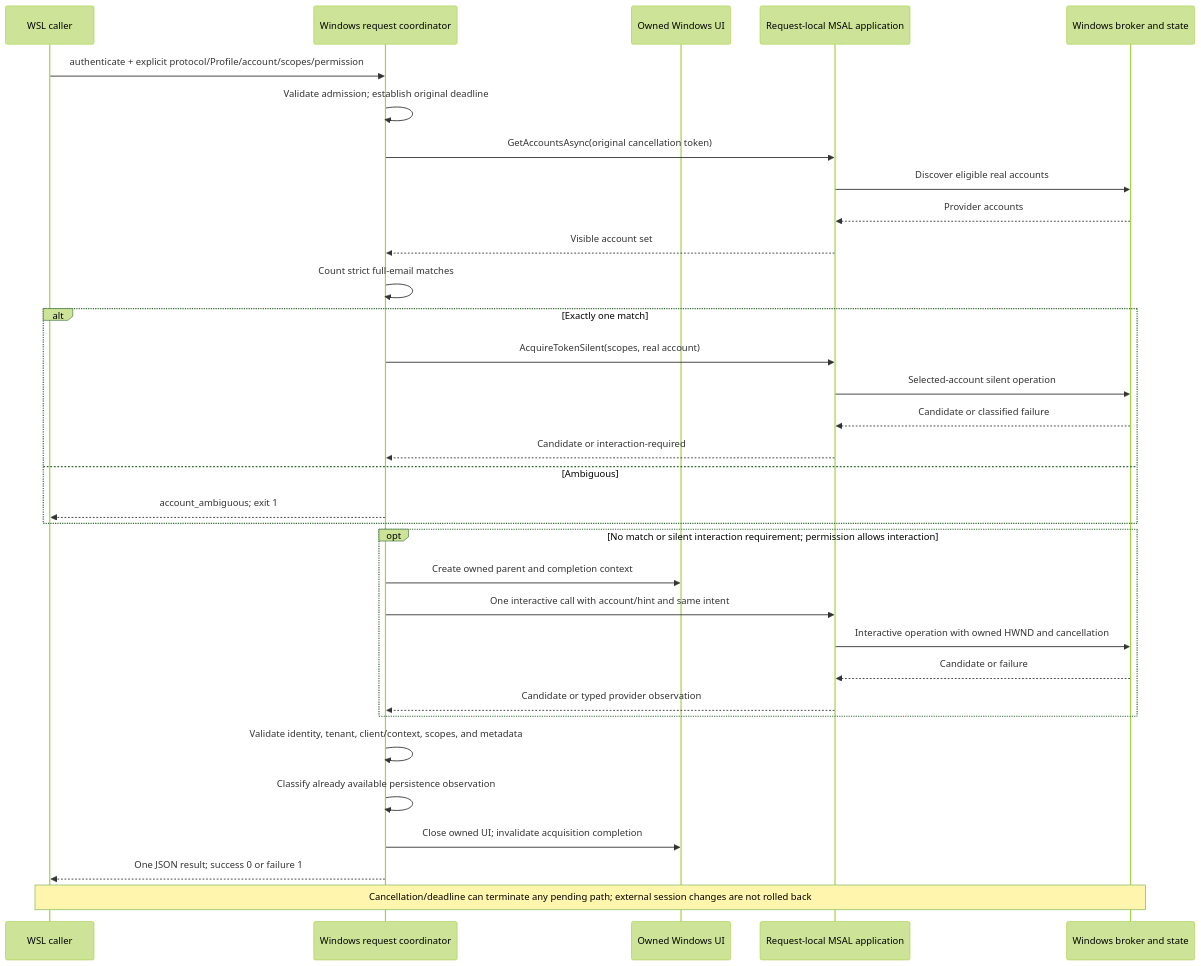
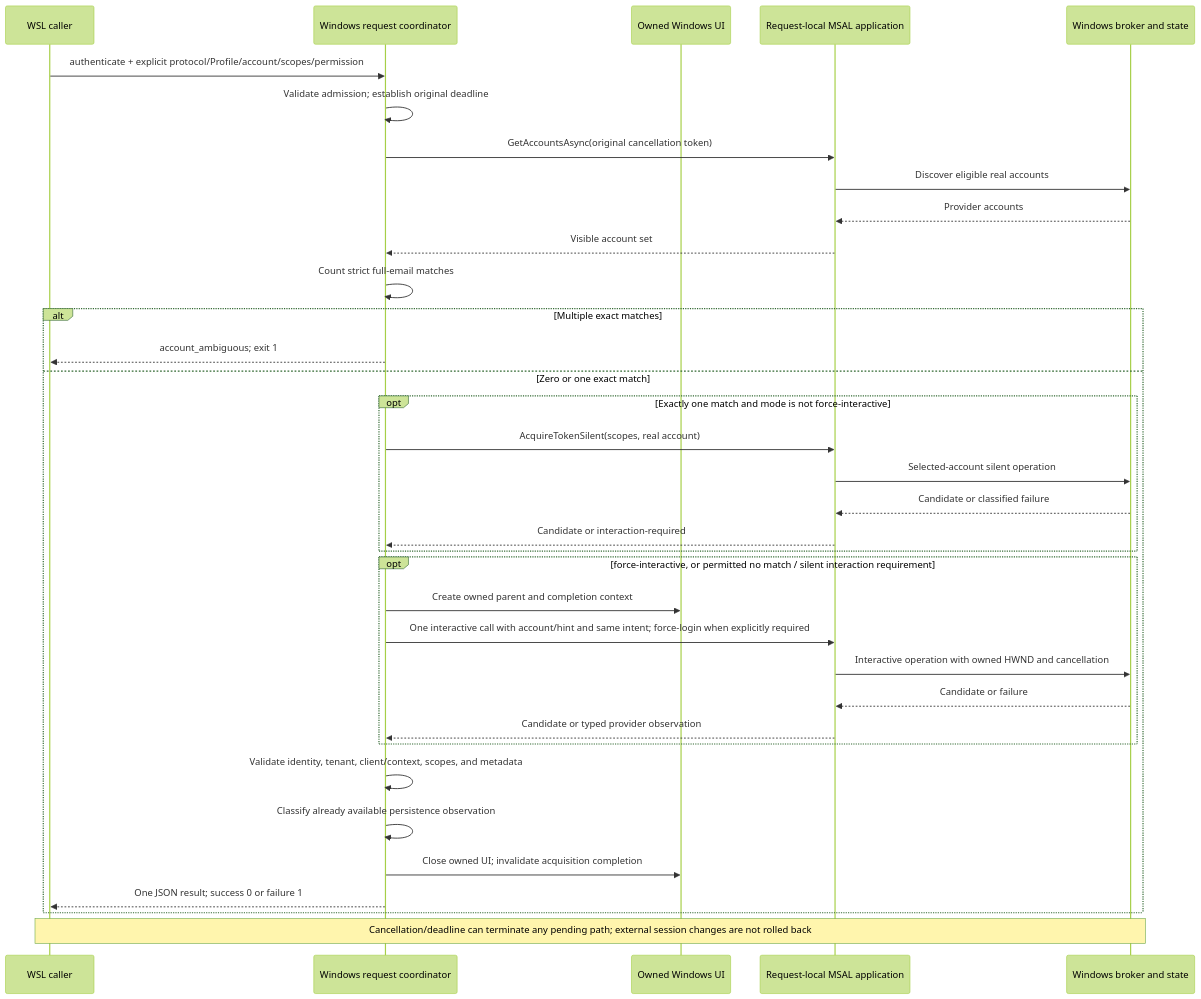
One commit to hcoona/microsoft-authentication-cli changed the second of 4 diagrams in docs/designs/windows-ado-authentication.md. Above: the diagram before and after it, drawn with Mermaid (forest theme). The commit also changed other lines of this file and 8 other files, not shown here.

````diff
--- a/docs/designs/windows-ado-authentication.md
+++ b/docs/designs/windows-ado-authentication.md
@@ -605,35 +658,37 @@
 ```mermaid
 sequenceDiagram
     participant Caller as WSL caller
     participant CLI as Windows request coordinator
     participant UI as Owned Windows UI
     participant MSAL as Request-local MSAL application
     participant WAM as Windows broker and state
     Caller->>CLI: authenticate + explicit protocol/Profile/account/scopes/permission
     CLI->>CLI: Validate admission#59; establish original deadline
     CLI->>MSAL: GetAccountsAsync(original cancellation token)
     MSAL->>WAM: Discover eligible real accounts
     WAM-->>MSAL: Provider accounts
     MSAL-->>CLI: Visible account set
     CLI->>CLI: Count strict full-email matches
-    alt Exactly one match
-        CLI->>MSAL: AcquireTokenSilent(scopes, real account)
-        MSAL->>WAM: Selected-account silent operation
-        WAM-->>MSAL: Candidate or classified failure
-        MSAL-->>CLI: Candidate or interaction-required
-    else Ambiguous
+    alt Multiple exact matches
         CLI-->>Caller: account_ambiguous#59; exit 1
+    else Zero or one exact match
+        opt Exactly one match and mode is not force-interactive
+            CLI->>MSAL: AcquireTokenSilent(scopes, real account)
+            MSAL->>WAM: Selected-account silent operation
+            WAM-->>MSAL: Candidate or classified failure
+            MSAL-->>CLI: Candidate or interaction-required
+        end
+        opt force-interactive, or permitted no match / silent interaction requirement
+            CLI->>UI: Create owned parent and completion context
+            CLI->>MSAL: One interactive call with account/hint and same intent#59; force-login when explicitly required
+            MSAL->>WAM: Interactive operation with owned HWND and cancellation
+            WAM-->>MSAL: Candidate or failure
+            MSAL-->>CLI: Candidate or typed provider observation
+        end
+        CLI->>CLI: Validate identity, tenant, client/context, scopes, and metadata
+        CLI->>CLI: Classify already available persistence observation
+        CLI->>UI: Close owned UI#59; invalidate acquisition completion
+        CLI-->>Caller: One JSON result#59; success 0 or failure 1
     end
-    opt No match or silent interaction requirement#59; permission allows interaction
-        CLI->>UI: Create owned parent and completion context
-        CLI->>MSAL: One interactive call with account/hint and same intent
-        MSAL->>WAM: Interactive operation with owned HWND and cancellation
-        WAM-->>MSAL: Candidate or failure
-        MSAL-->>CLI: Candidate or typed provider observation
-    end
-    CLI->>CLI: Validate identity, tenant, client/context, scopes, and metadata
-    CLI->>CLI: Classify already available persistence observation
-    CLI->>UI: Close owned UI#59; invalidate acquisition completion
-    CLI-->>Caller: One JSON result#59; success 0 or failure 1
     Note over Caller,WAM: Cancellation/deadline can terminate any pending path#59; external session changes are not rolled back
 ```
````
